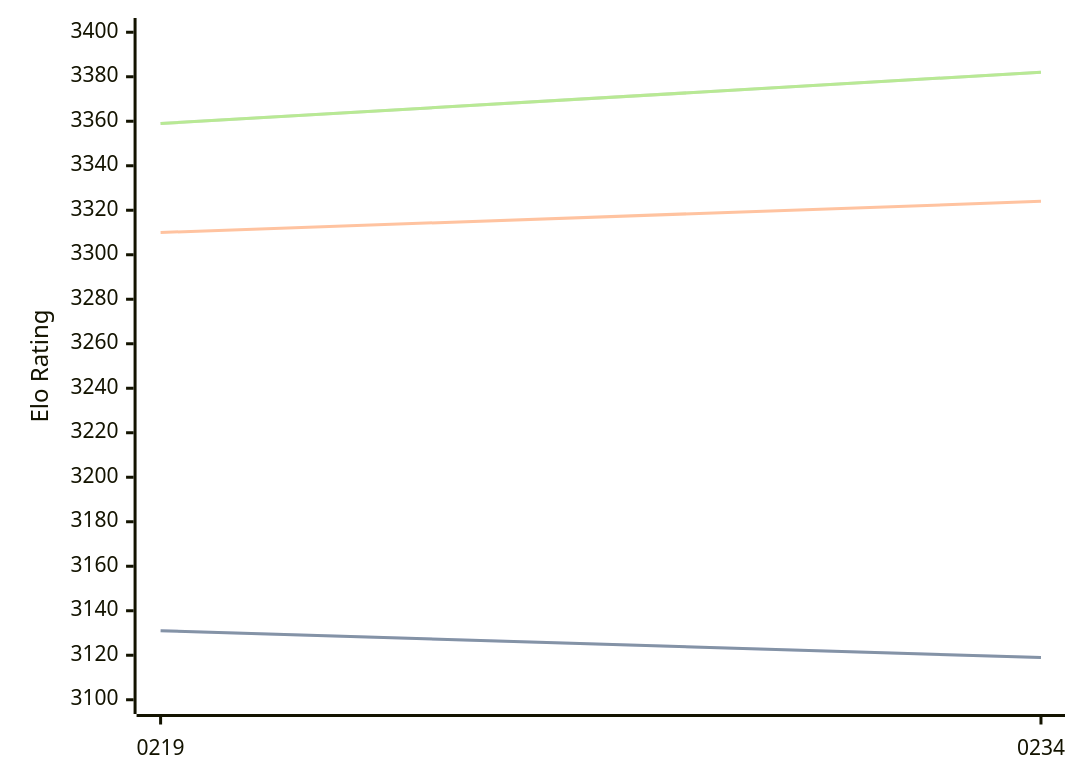
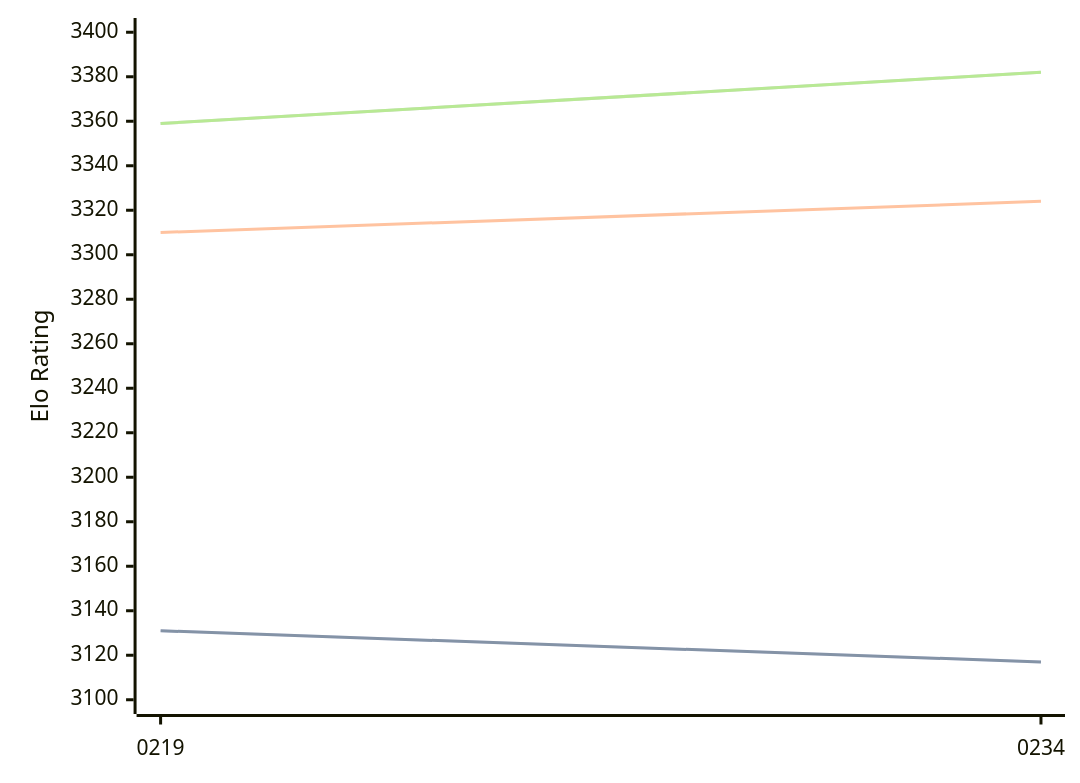
Before and after one commit to computer-chess-index/cci: the third of 3 diagrams in engines/Ynode.md, drawn with Mermaid. The commit also changed other lines of this file, not shown here.

````diff
--- a/engines/Ynode.md
+++ b/engines/Ynode.md
@@ -72,11 +72,11 @@
 ```mermaid
 %%{init: {"theme":"base","themeVariables":{"seriesColors:['#a3a3a3','#222221','#faa371']}}}%%
 xychart-beta
   x-axis ["0219", "0234"]
   y-axis "Elo Rating" 3100 --> 3400
-  line "STC (8.0+0.08s)" [3131, 3119]
-  line "STC (8.0+0.08s)" [3131, 3119]
+  line "STC (8.0+0.08s)" [3131, 3117]
+  line "STC (8.0+0.08s)" [3131, 3117]
   line "LTC (60.0+0.60s)" [3310, 3324]
   line "VLTC (2m24s+1.12s)" [3359, 3382]
   line "VLTC (2m24s+1.12s)" [3359, 3382]
 ```
````
